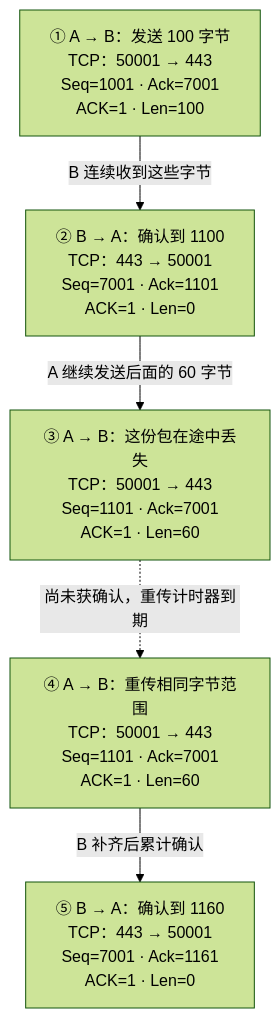
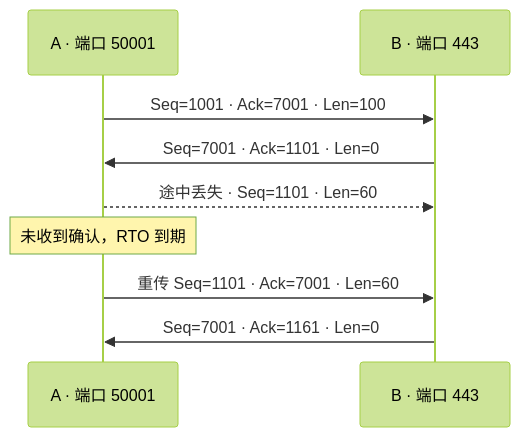
One commit to fordelkon/delkon.us.kg changed the third of 4 diagrams in content/posts/networking/transport-tcp-udp-socket-quic.md. Above: the diagram before and after it, drawn with Mermaid (forest theme). The commit also changed other lines of this file and 7 other files, not shown here.

Commit message:
docs: improve networking diagrams and protocol comparisons

````diff
--- a/content/posts/networking/transport-tcp-udp-socket-quic.md
+++ b/content/posts/networking/transport-tcp-udp-socket-quic.md
@@ -100,13 +95,11 @@
-```mermaid title="TCP 数据、累计确认与超时重传的具体字段" description="已建立的实验连接，无 NAT 或代理，使用绝对示例序号。每个框是一份 TCP 报文段，箭头表示交互顺序，不是同一个包的转发。省略链路头、IP 头、窗口、选项与校验和。第二段丢失且超时前没有后续数据，因此用 RTO 重传；ACK 也可能延迟或合并，这只是一种合法交互，间距不代表时长。"
-flowchart TB
- data1["① A → B：发送 100 字节<br/>TCP：50001 → 443<br/>Seq=1001 · Ack=7001<br/>ACK=1 · Len=100"]
- ack1["② B → A：确认到 1100<br/>TCP：443 → 50001<br/>Seq=7001 · Ack=1101<br/>ACK=1 · Len=0"]
- lost["③ A → B：这份包在途中丢失<br/>TCP：50001 → 443<br/>Seq=1101 · Ack=7001<br/>ACK=1 · Len=60"]
- retry["④ A → B：重传相同字节范围<br/>TCP：50001 → 443<br/>Seq=1101 · Ack=7001<br/>ACK=1 · Len=60"]
- ack2["⑤ B → A：确认到 1160<br/>TCP：443 → 50001<br/>Seq=7001 · Ack=1161<br/>ACK=1 · Len=0"]
- data1 -->|B 连续收到这些字节| ack1
- ack1 -->|A 继续发送后面的 60 字节| lost
- lost -.->|尚未获确认，重传计时器到期| retry
- retry -->|B 补齐后累计确认| ack2
- class lost risk
+```mermaid title="TCP 数据、累计确认与超时重传" description="已建立的连接，使用绝对示例序号。虚线标记途中丢失的报文，B 未收到。超时前没有后续数据，本例由 RTO 触发重传。各段均置 ACK 标志，Len 只计 TCP 载荷，间距不代表耗时。"
+sequenceDiagram
+ participant A as A · 端口 50001
+ participant B as B · 端口 443
+ A->>B: Seq=1001 · Ack=7001 · Len=100
+ B->>A: Seq=7001 · Ack=1101 · Len=0
+ A-->>B: 途中丢失 · Seq=1101 · Len=60
+ Note over A: 未收到确认，RTO 到期
+ A->>B: 重传 Seq=1101 · Ack=7001 · Len=60
+ B->>A: Seq=7001 · Ack=1161 · Len=0
 ```
````
